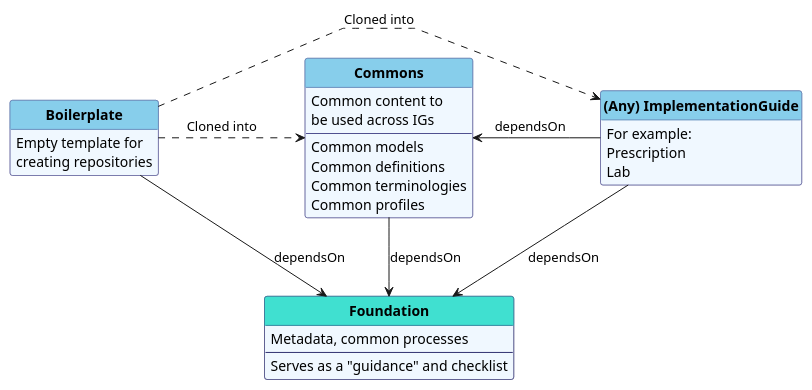
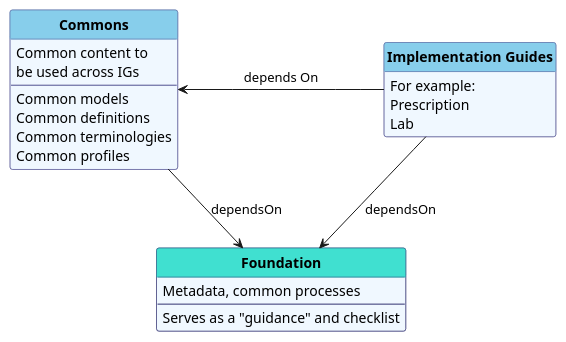
Before and after one commit to Xt-EHR/xt-ehr-metadata: the diagram in input/images-source/ig_setup.plantuml, drawn with PlantUML. The commit also changed 16 other files, not shown here.

```diff
--- a/input/images-source/ig_setup.plantuml
+++ b/input/images-source/ig_setup.plantuml
@@ -1,100 +1,93 @@
 @startuml
 'skinparam linetype ortho
 skinparam linetype polyline
 hide circle
 hide stereotype
 hide methods
 
 '!pragma layout smetana
 
 skinparam class<<MD>> {
  BorderColor DarkSlateGray
  BackgroundColor WhiteSmoke
  HeaderBackgroundColor #909090
 }
 
 skinparam class<<TM>> {
  BorderColor #505090
  BackgroundColor AliceBlue
  HeaderBackgroundColor SkyBlue
 }
 
 
 skinparam class<<TM+>> {
  BorderColor #303070  
  BackgroundColor AliceBlue
  HeaderBackgroundColor Turquoise 
 }
 
 
     class "**Foundation**" as Base<<TM+>> {
         Metadata, common processes
         --
         Serves as a "guidance" and checklist
     }
 
 
     class "**Commons**" as CE<<TM>> {
         Common content to 
  be used across IGs
 --
    Common models
    Common definitions
    Common terminologies
    Common profiles
     }
 
 
-    class "**Boilerplate**" as E<<TM>> {
-        Empty template for 
-creating repositories
-    }
-
-
-    class "**(Any) ImplementationGuide**" as IG<<TM>> {
+    class "**Implementation Guides**" as IG<<TM>> {
     For example:
     Prescription
     Lab
     }
 
 
 
     ' class "**PublicationRepo**" as Pub<<MD>> {
     '   Webroot content repository
     '   for published releases (html)
     '   --
     ' }
 
 
 ' We con't want IGs to define on StarterKit
 ' Common contains instances of SGPersona
 
 
 
 'T  .d[hidden].> CE
-E  .r.> CE: "   Cloned into         "
+
 'E  .u.> T: "   Cloned into         "
 
 
 
-E  .r.> IG: "Cloned into"
-E -r-> Base: "dependsOn"
-CE --> Base: "dependsOn"
+
+CE -d-> Base: "dependsOn"
 IG --> Base: "dependsOn"
 'IG -u-> T: "dependsOn"
 'IG .r.> Pub : "                "
 'T -d[hidden]-> IG : "           "
-CE <-r- IG : " dependsOn     "
+CE <-r- IG : "              depends On              "
 
 
 
 
 
 'C -u-> Core 
 
 
 'IG  <.. CE: "   Cloned into         "
 
 
 
 @enduml
```
